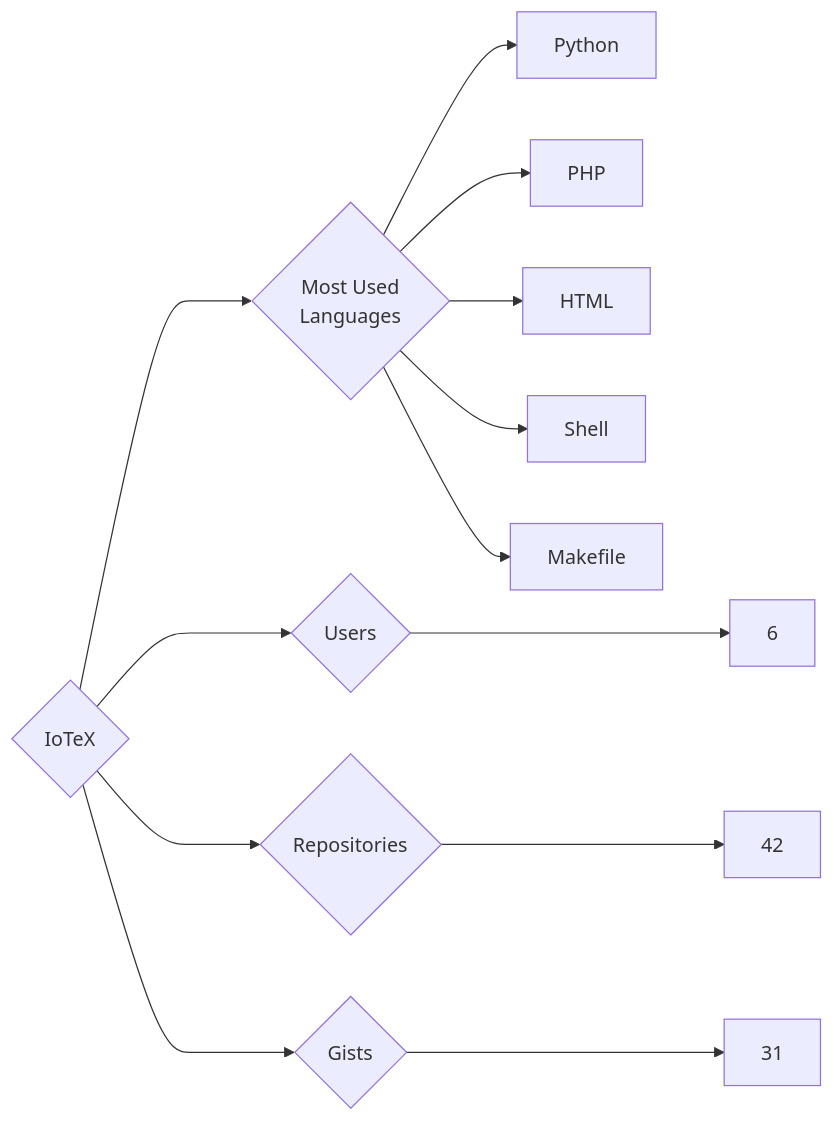
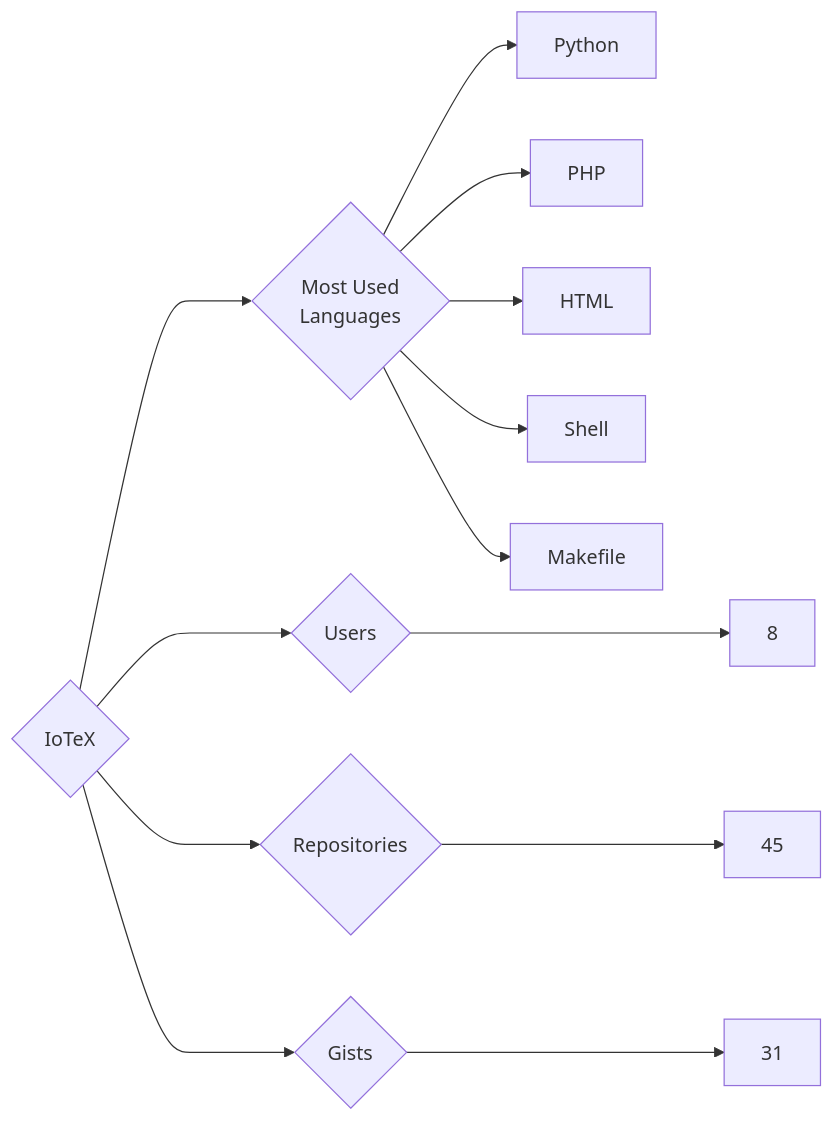
One commit to trickest/insiders changed the diagram in targets/IoTeX/README.md. Above: the diagram before and after it, drawn with Mermaid. The commit also changed 1023 other files, not shown here.

````diff
--- a/targets/IoTeX/README.md
+++ b/targets/IoTeX/README.md
@@ -3,13 +3,13 @@
 ```mermaid
 graph LR
 COMPANY_NAME{IoTeX}
-COMPANY_NAME ---> U{Users} ---> UN[6]
-COMPANY_NAME ---> R{Repositories} ---> RN[42]
+COMPANY_NAME ---> U{Users} ---> UN[8]
+COMPANY_NAME ---> R{Repositories} ---> RN[45]
 COMPANY_NAME ---> G{Gists} ---> GN[31]
 COMPANY_NAME ---> ML{Most Used<br>Languages}
 ML --> Python[Python]
 ML --> PHP[PHP]
 ML --> HTML[HTML]
 ML --> Shell[Shell]
 ML --> Makefile[Makefile]
 ```
````
